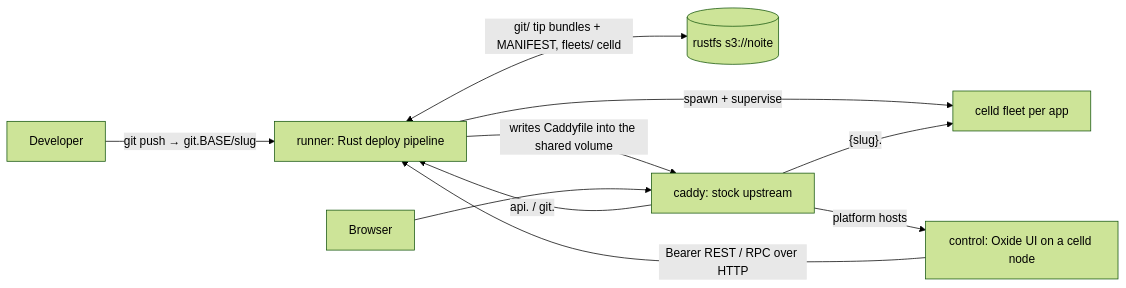
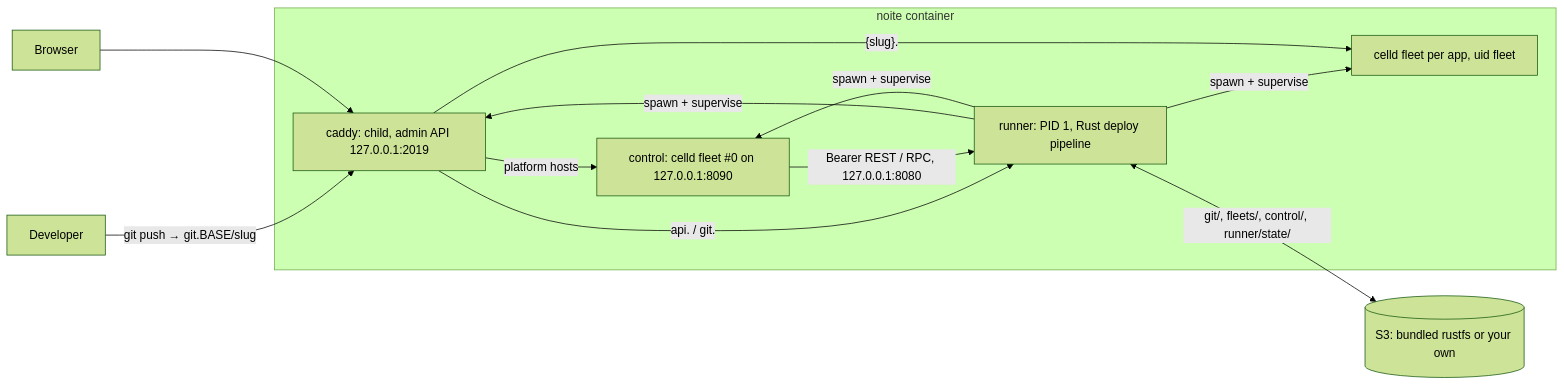
The diagram in SPEC.md (ryuzcorp/noite), drawn with Mermaid (forest theme) before and after one commit. The commit also changed other lines of this file and 81 other files, not shown here.

````diff
--- a/SPEC.md
+++ b/SPEC.md
@@ -132,12 +23,19 @@
 ```mermaid
 flowchart LR
-  dev[Developer] -->|git push → git.BASE/slug| runner[runner: Rust deploy pipeline]
-  runner <-->|git/ tip bundles + MANIFEST, fleets/ celld| rustfs[(rustfs s3://noite)]
-  runner -->|spawn + supervise| fleet[celld fleet per app]
-  runner -->|writes Caddyfile into the shared volume| caddy[caddy: stock upstream]
-  user[Browser] --> caddy
-  caddy -->|platform hosts| control[control: Oxide UI on a celld node]
-  caddy -->|api. / git.| runner
-  caddy -->|"{slug}."| fleet
-  control -->|Bearer REST / RPC over HTTP| runner
+  dev[Developer] -->|git push → git.BASE/slug| edge
+  user[Browser] --> edge
+  subgraph noite[noite container]
+    runner[runner: PID 1, Rust deploy pipeline]
+    edge[caddy: child, admin API 127.0.0.1:2019]
+    control[control: celld fleet #0 on 127.0.0.1:8090]
+    fleet[celld fleet per app, uid fleet]
+    runner -->|spawn + supervise| edge
+    runner -->|spawn + supervise| control
+    runner -->|spawn + supervise| fleet
+    edge -->|platform hosts| control
+    edge -->|api. / git.| runner
+    edge -->|"{slug}."| fleet
+    control -->|Bearer REST / RPC, 127.0.0.1:8080| runner
+  end
+  runner <-->|git/, fleets/, control/, runner/state/| s3[(S3: bundled rustfs or your own)]
 ```
````
